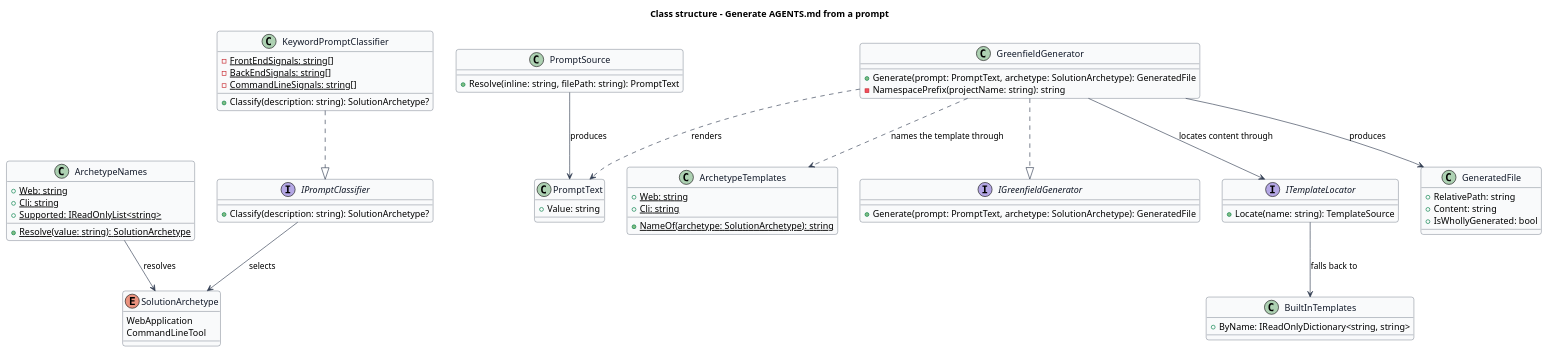
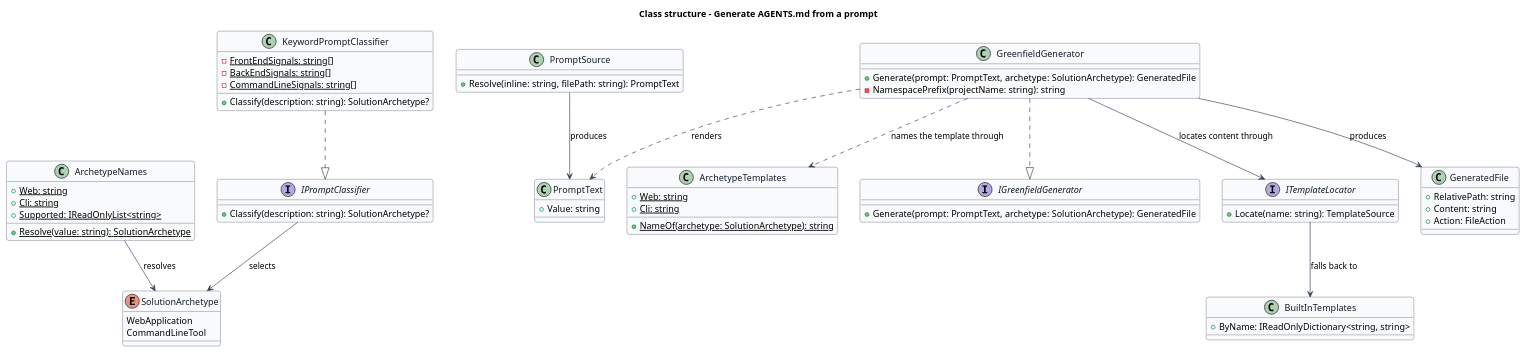
The diagram in docs/detailed-designs/agent-file-generation/generate-from-prompt/diagrams/class-structure.puml (QuinntyneBrown/primer), drawn with PlantUML before and after one commit. The commit also changed 53 other files, not shown here.

```diff
--- a/docs/detailed-designs/agent-file-generation/generate-from-prompt/diagrams/class-structure.puml
+++ b/docs/detailed-designs/agent-file-generation/generate-from-prompt/diagrams/class-structure.puml
@@ -1,86 +1,86 @@
 @startuml
 ' --- shared skin header ---
 skinparam backgroundColor #FFFFFF
 skinparam shadowing false
 skinparam roundcorner 8
 skinparam defaultFontName Arial
 skinparam ArrowColor #344054
 skinparam class {
   BorderColor #344054
   FontColor #101828
   BackgroundColor #F9FAFB
 }
 ' --------------------------
 title Class structure - Generate AGENTS.md from a prompt
 
 enum SolutionArchetype {
   WebApplication
   CommandLineTool
 }
 
 class ArchetypeNames {
   +{static} Web: string
   +{static} Cli: string
   +{static} Supported: IReadOnlyList<string>
   +{static} Resolve(value: string): SolutionArchetype
 }
 
 class PromptText {
   +Value: string
 }
 
 class PromptSource {
   +Resolve(inline: string, filePath: string): PromptText
 }
 
 interface IPromptClassifier {
   +Classify(description: string): SolutionArchetype?
 }
 
 class KeywordPromptClassifier {
   -{static} FrontEndSignals: string[]
   -{static} BackEndSignals: string[]
   -{static} CommandLineSignals: string[]
   +Classify(description: string): SolutionArchetype?
 }
 
 class ArchetypeTemplates {
   +{static} Web: string
   +{static} Cli: string
   +{static} NameOf(archetype: SolutionArchetype): string
 }
 
 interface IGreenfieldGenerator {
   +Generate(prompt: PromptText, archetype: SolutionArchetype): GeneratedFile
 }
 
 class GreenfieldGenerator {
   +Generate(prompt: PromptText, archetype: SolutionArchetype): GeneratedFile
   -NamespacePrefix(projectName: string): string
 }
 
 class BuiltInTemplates {
   +ByName: IReadOnlyDictionary<string, string>
 }
 
 interface ITemplateLocator {
   +Locate(name: string): TemplateSource
 }
 
 class GeneratedFile {
   +RelativePath: string
   +Content: string
-  +IsWhollyGenerated: bool
+  +Action: FileAction
 }
 
 KeywordPromptClassifier ..|> IPromptClassifier
 GreenfieldGenerator ..|> IGreenfieldGenerator
 PromptSource --> PromptText : produces
 IPromptClassifier --> SolutionArchetype : selects
 ArchetypeNames --> SolutionArchetype : resolves
 GreenfieldGenerator ..> PromptText : renders
 GreenfieldGenerator ..> ArchetypeTemplates : names the template through
 GreenfieldGenerator --> ITemplateLocator : locates content through
 GreenfieldGenerator --> GeneratedFile : produces
 ITemplateLocator --> BuiltInTemplates : falls back to
 @enduml
```
